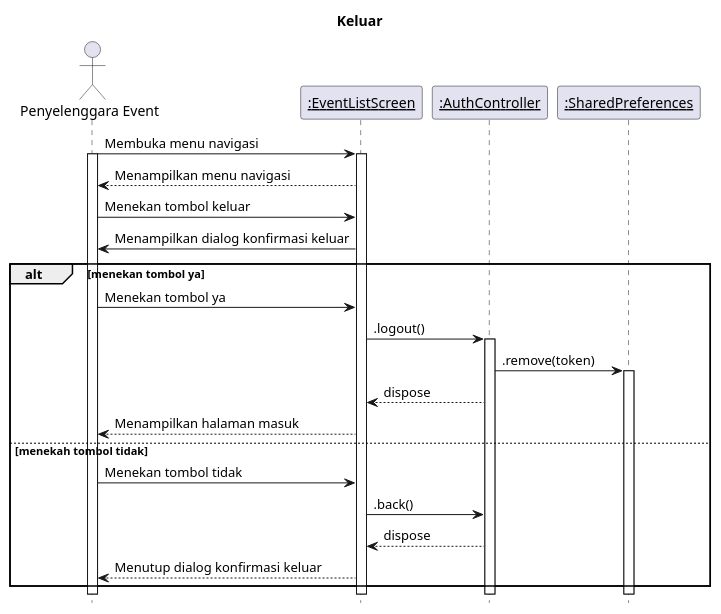
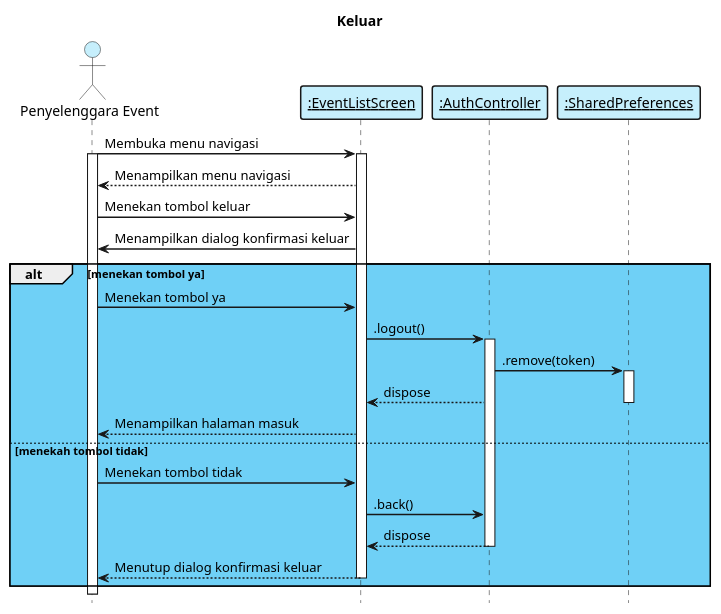
One commit to irfanfarras10/myevent-diagram changed the diagram in Sequence Diagram/sequence_diagram_keluar.wsd. Above: the diagram before and after it, drawn with PlantUML. The commit also changed 6 other files, not shown here.

Commit message:
feat: implement class diagram:

```diff
--- a/Sequence Diagram/sequence_diagram_keluar.wsd
+++ b/Sequence Diagram/sequence_diagram_keluar.wsd
@@ -1,34 +1,46 @@
 @startuml "sequence_diagram_masuk"
 
     title "Keluar"
     hide footbox
     skinparam  shadowing false
+    skinparam sequence {    
+        ArrowThickness 1.5
+        ActorFontName Century Gothic
+        ActorBackgroundColor  #C6EFFC
+        ArrowFontName Century Gothic
+        ParticipantBorderThickness 1.5
+        ParticipantBackgroundColor #C6EFFC
+    }
 
     ' frontend component
     actor "Penyelenggara Event" as eo   
     participant "__:EventListScreen__" as view1
     participant "__:AuthController__" as controller1
     participant "__:SharedPreferences__" as prefs
     
     eo -> view1: Membuka menu navigasi
     activate eo
     activate view1
     view1 --> eo: Menampilkan menu navigasi
     eo -> view1: Menekan tombol keluar
     view1 -> eo: Menampilkan dialog konfirmasi keluar
-    alt menekan tombol ya
+    alt #6fd0f6 menekan tombol ya
         eo -> view1: Menekan tombol ya
         view1 -> controller1: .logout()
         activate controller1
         controller1 -> prefs: .remove(token)
         activate prefs
         controller1 --> view1: dispose
+        deactivate 
         view1 --> eo: Menampilkan halaman masuk
     else menekah tombol tidak
         eo -> view1: Menekan tombol tidak
         view1 -> controller1: .back()
         controller1 --> view1: dispose
+        deactivate
         view1 --> eo: Menutup dialog konfirmasi keluar
+        deactivate
     end
     
+    
 @enduml
```
